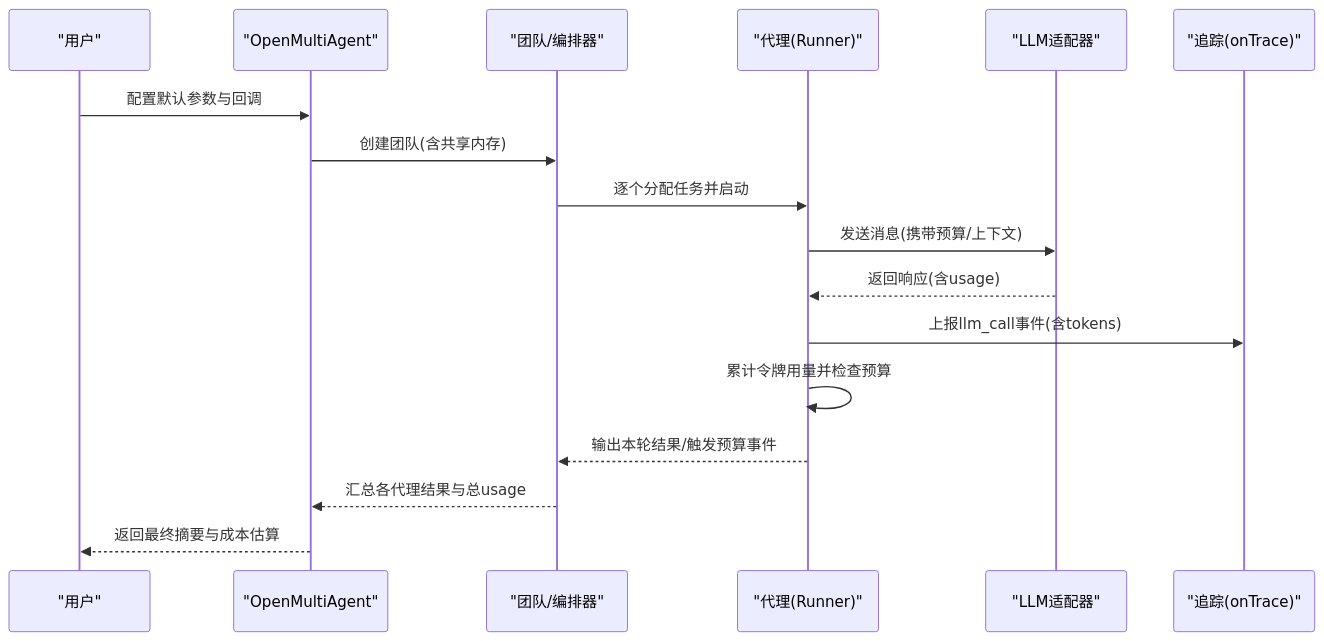
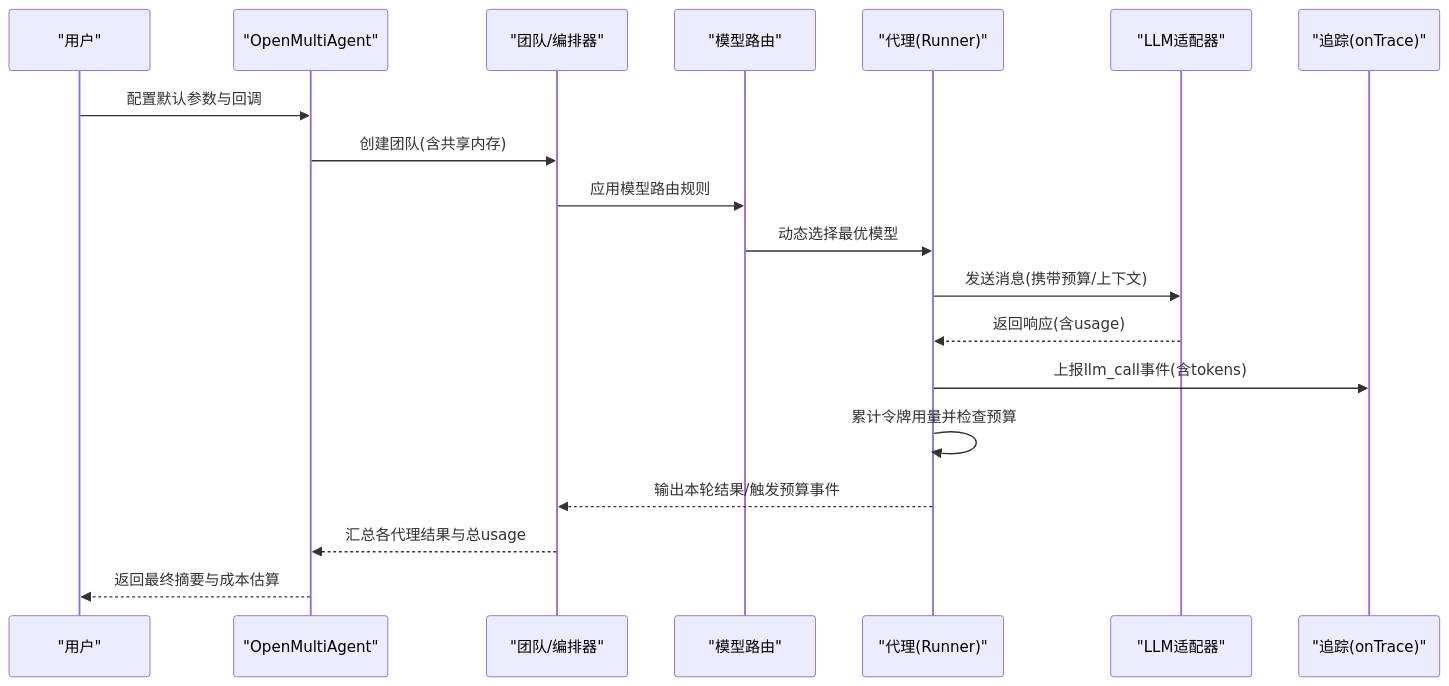
The second of 8 diagrams in .qoder/repowiki/zh/content/模式与最佳实践/成本优化策略.md (haolange/open-multi-agent), drawn with Mermaid before and after one commit. The commit also changed other lines of this file and 7 other files, not shown here.

````diff
--- a/.qoder/repowiki/zh/content/模式与最佳实践/成本优化策略.md
+++ b/.qoder/repowiki/zh/content/模式与最佳实践/成本优化策略.md
@@ -106,19 +118,21 @@
 ```mermaid
 sequenceDiagram
 participant User as "用户"
 participant OM as "OpenMultiAgent"
 participant Team as "团队/编排器"
+participant Router as "模型路由"
 participant Agent as "代理(Runner)"
 participant LLM as "LLM适配器"
 participant Trace as "追踪(onTrace)"
 User->>OM : 配置默认参数与回调
 OM->>Team : 创建团队(含共享内存)
-Team->>Agent : 逐个分配任务并启动
+Team->>Router : 应用模型路由规则
+Router->>Agent : 动态选择最优模型
 Agent->>LLM : 发送消息(携带预算/上下文)
 LLM-->>Agent : 返回响应(含usage)
 Agent->>Trace : 上报llm_call事件(含tokens)
 Agent->>Agent : 累计令牌用量并检查预算
 Agent-->>Team : 输出本轮结果/触发预算事件
 Team-->>OM : 汇总各代理结果与总usage
 OM-->>User : 返回最终摘要与成本估算
 ```
````
